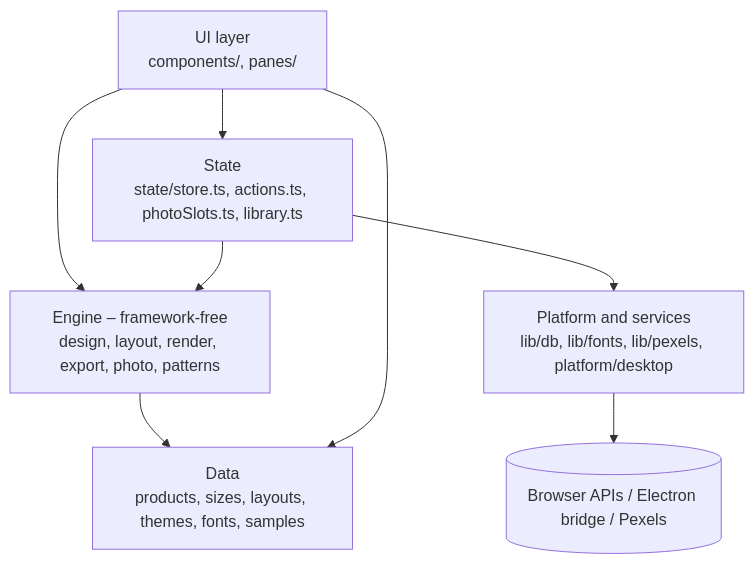
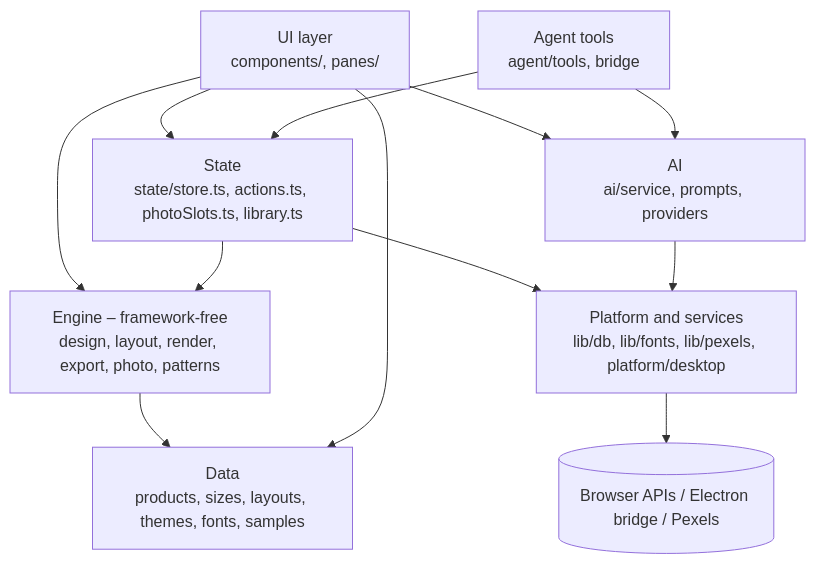
Before and after one commit to RVicky172/Chitthi: the third of 3 diagrams in docs/HLD.md, drawn with Mermaid. The commit also changed other lines of this file and 75 other files, not shown here.

````diff
--- a/docs/HLD.md
+++ b/docs/HLD.md
@@ -64,10 +68,14 @@
 ```mermaid
 flowchart TB
   UI[UI layer<br/>components/, panes/] --> ST[State<br/>state/store.ts, actions.ts, photoSlots.ts, library.ts]
   UI --> EN
   ST --> EN[Engine – framework-free<br/>design, layout, render, export, photo, patterns]
   ST --> PL[Platform and services<br/>lib/db, lib/fonts, lib/pexels, platform/desktop]
   EN --> DA[Data<br/>products, sizes, layouts, themes, fonts, samples]
   UI --> DA
   PL --> EXT[(Browser APIs / Electron bridge / Pexels)]
+  UI --> AI[AI<br/>ai/service, prompts, providers]
+  AG[Agent tools<br/>agent/tools, bridge] --> ST
+  AG --> AI
+  AI --> PL
 ```
````
